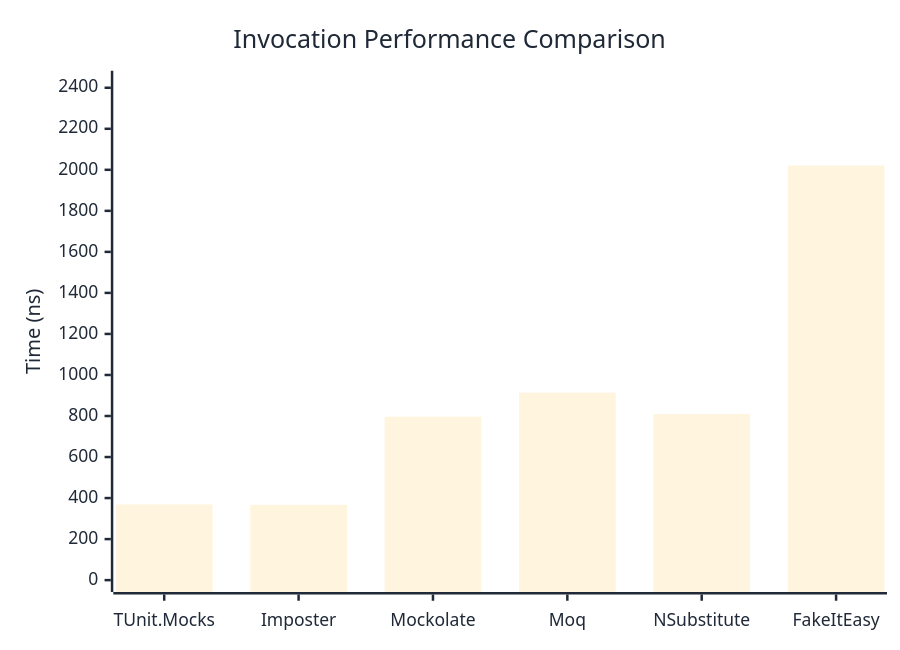
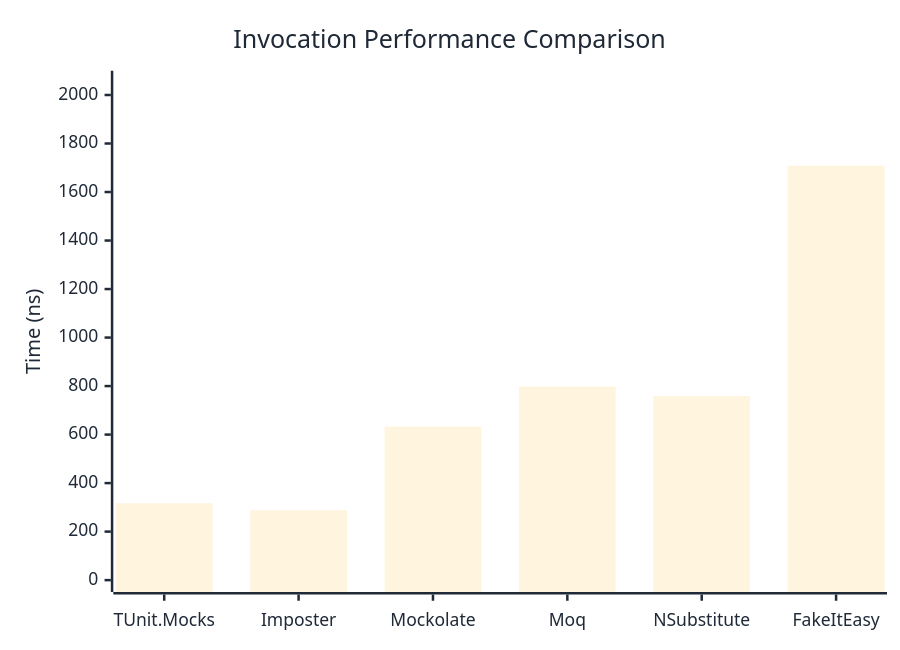
One commit to thomhurst/TUnit changed the first of 3 diagrams in docs/docs/benchmarks/mocks/Invocation.md. Above: the diagram before and after it, drawn with Mermaid. The commit also changed other lines of this file and 13 other files, not shown here.

````diff
--- a/docs/docs/benchmarks/mocks/Invocation.md
+++ b/docs/docs/benchmarks/mocks/Invocation.md
@@ -28,27 +28,27 @@
 ```mermaid
 %%{init: {
   'theme':'base',
   'themeVariables': {
     'primaryColor': '#2563eb',
     'primaryTextColor': '#1f2937',
     'primaryBorderColor': '#1e40af',
     'lineColor': '#6b7280',
     'secondaryColor': '#7c3aed',
     'tertiaryColor': '#dc2626',
     'background': '#ffffff',
     'pie1': '#2563eb',
     'pie2': '#7c3aed',
     'pie3': '#dc2626',
     'pie4': '#f59e0b',
     'pie5': '#10b981',
     'pie6': '#06b6d4',
     'pie7': '#ec4899',
     'pie8': '#6366f1'
   }
 }}%%
 xychart-beta
   title "Invocation Performance Comparison"
   x-axis ["TUnit.Mocks", "Imposter", "Mockolate", "Moq", "NSubstitute", "FakeItEasy"]
-  y-axis "Time (ns)" 0 --> 2425
-  bar [368.7, 367, 796.7, 913.9, 809.3, 2020.7]
+  y-axis "Time (ns)" 0 --> 2051
+  bar [316.8, 288.1, 633.1, 798.1, 758.5, 1708.6]
 ```
````
